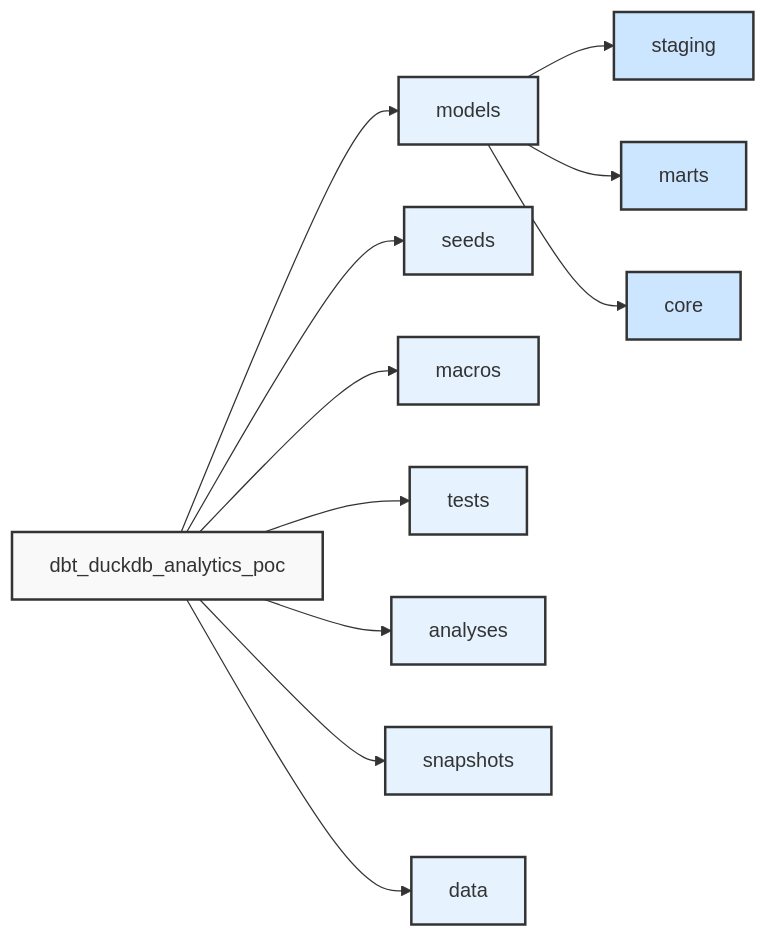
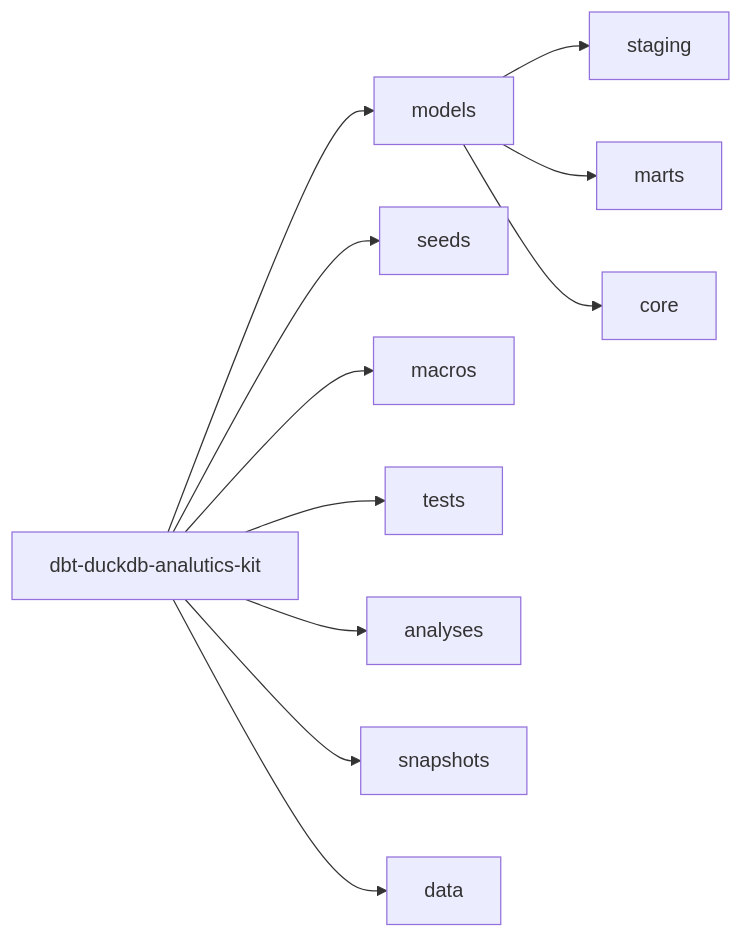
Before and after one commit to rafarngt/dbt-duckdb-analytics-kit: the second of 3 diagrams in README.md, drawn with Mermaid. The commit also changed other lines of this file, not shown here.

````diff
--- a/README.md
+++ b/README.md
@@ -69,25 +61,15 @@
 ```mermaid
 flowchart LR
-    A[dbt_duckdb_analytics_poc] --> B[models]
+    A[dbt-duckdb-analutics-kit] --> B[models]
     A --> C[seeds]
     A --> D[macros]
     A --> E[tests]
     A --> F[analyses]
     A --> G[snapshots]
     A --> H[data]
     B --> I[staging]
     B --> J[marts]
     B --> K[core]
     
-    style A fill:#f9f9f9,stroke:#333,stroke-width:2px
-    style B fill:#e6f3ff,stroke:#333,stroke-width:2px
-    style C fill:#e6f3ff,stroke:#333,stroke-width:2px
-    style D fill:#e6f3ff,stroke:#333,stroke-width:2px
-    style E fill:#e6f3ff,stroke:#333,stroke-width:2px
-    style F fill:#e6f3ff,stroke:#333,stroke-width:2px
-    style G fill:#e6f3ff,stroke:#333,stroke-width:2px
-    style H fill:#e6f3ff,stroke:#333,stroke-width:2px
-    style I fill:#cce6ff,stroke:#333,stroke-width:2px
-    style J fill:#cce6ff,stroke:#333,stroke-width:2px
-    style K fill:#cce6ff,stroke:#333,stroke-width:2px
+
 ```
````
